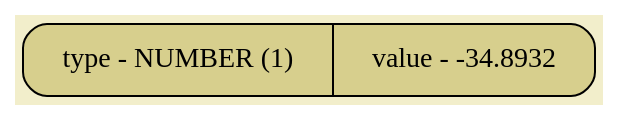
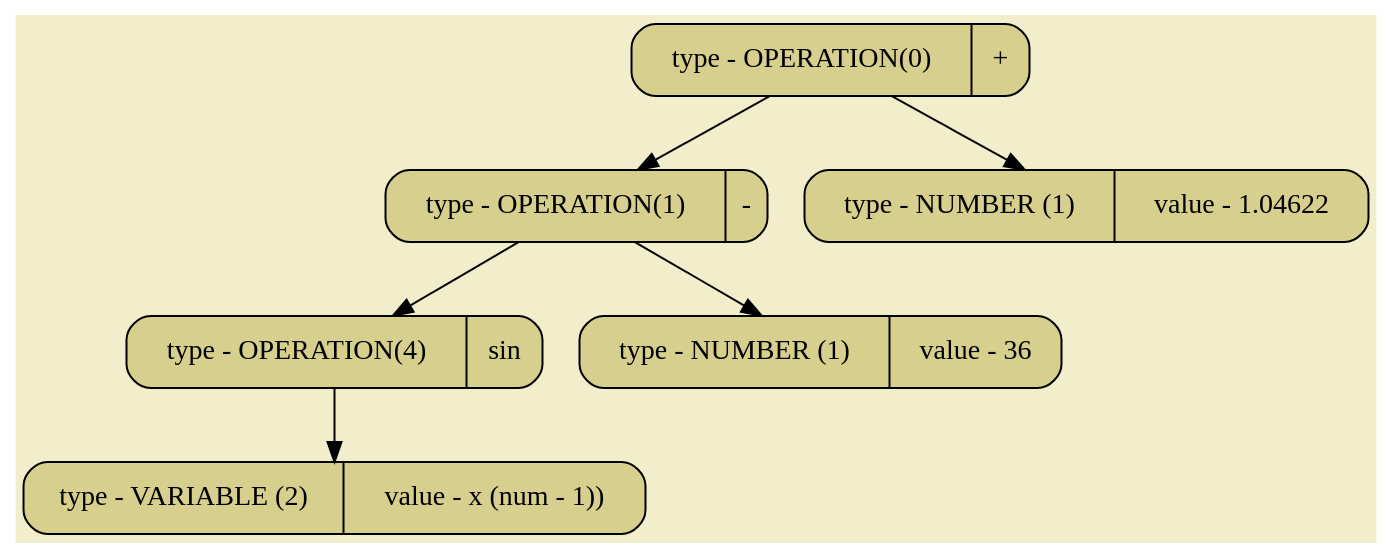
Before and after one commit to SashaKhaytina/Differenciator: the diagram in all_dumps/pictures/image02.dot, drawn with Graphviz. The commit also changed 30 other files, not shown here.

```diff
--- a/all_dumps/pictures/image02.dot
+++ b/all_dumps/pictures/image02.dot
@@ -1,6 +1,16 @@
 digraph
 {
 bgcolor="#F2EECB";
 rankdir = TB;
-POINT_0x636c9d3b0610[shape=Mrecord, label = "type - NUMBER (1) | value - -34.8932", style="filled",fillcolor="#D7CF8D"]
+POINT_0x64d470c4d860[shape=Mrecord, label = "type - OPERATION(0) | +", style="filled",fillcolor="#D7CF8D"]
+POINT_0x64d470c4d6e0[shape=Mrecord, label = "type - OPERATION(1) | -", style="filled",fillcolor="#D7CF8D"]
+POINT_0x64d470c4d600[shape=Mrecord, label = "type - OPERATION(4) | sin", style="filled",fillcolor="#D7CF8D"]
+POINT_0x64d470c4d680[shape=Mrecord, label = "type - VARIABLE (2) | value - x (num - 1))", style="filled",fillcolor="#D7CF8D"]
+POINT_0x64d470c4d740[shape=Mrecord, label = "type - NUMBER (1) | value - 36", style="filled",fillcolor="#D7CF8D"]
+POINT_0x64d470c4da90[shape=Mrecord, label = "type - NUMBER (1) | value - 1.04622", style="filled",fillcolor="#D7CF8D"]
+POINT_0x64d470c4d860 -> POINT_0x64d470c4d6e0
+POINT_0x64d470c4d860 -> POINT_0x64d470c4da90
+POINT_0x64d470c4d6e0 -> POINT_0x64d470c4d600
+POINT_0x64d470c4d6e0 -> POINT_0x64d470c4d740
+POINT_0x64d470c4d600 -> POINT_0x64d470c4d680
 }
```
